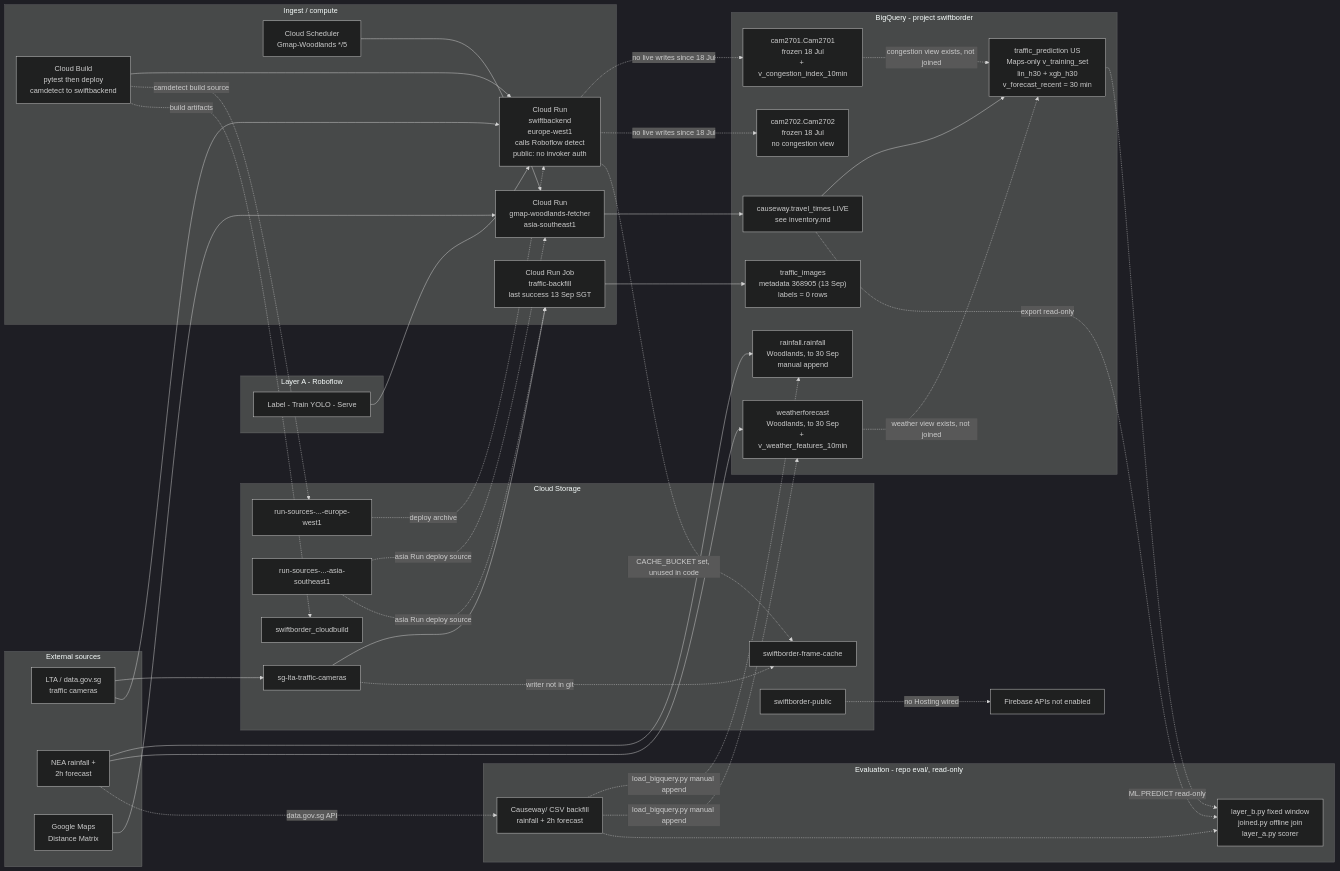
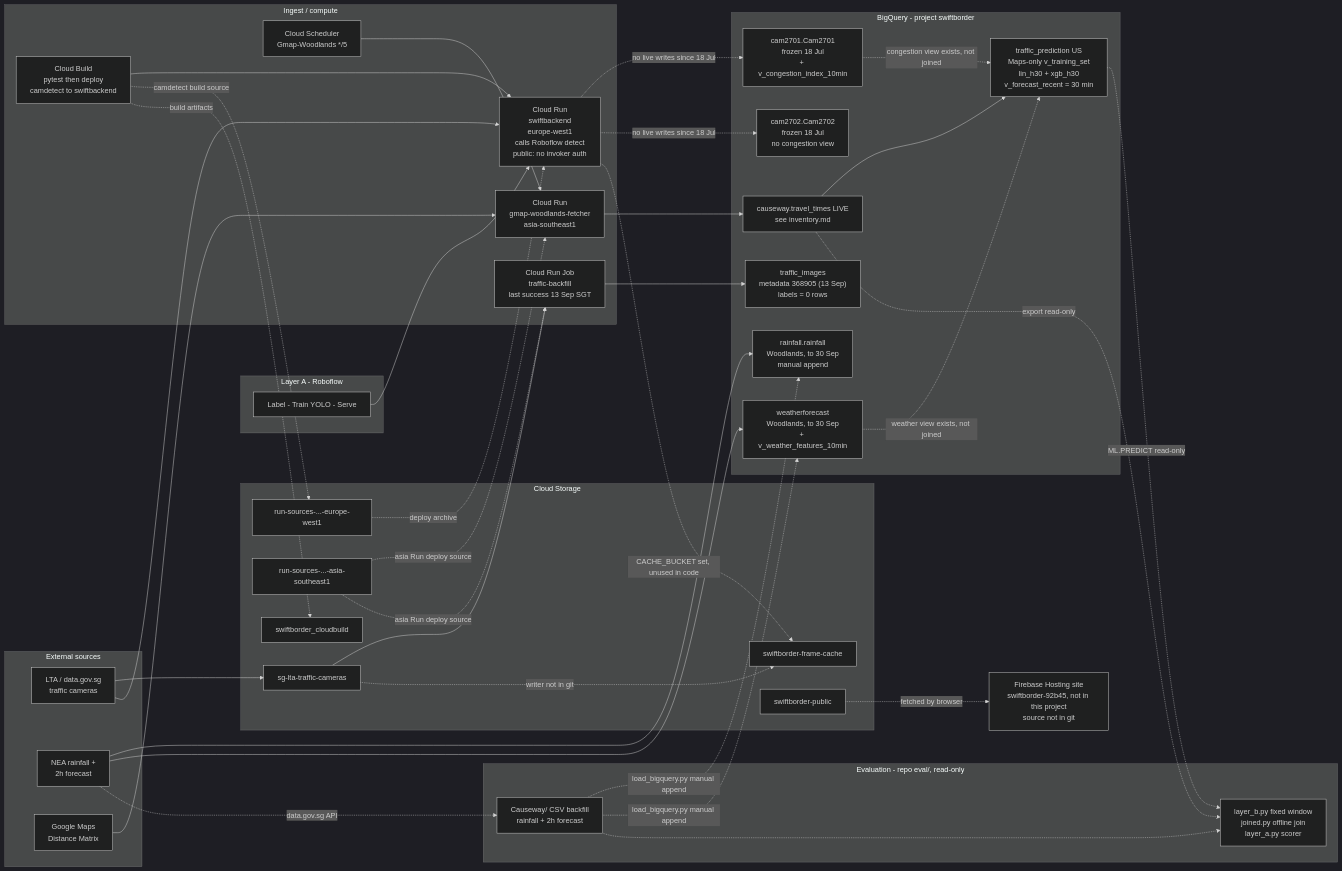
Before and after one commit to sozuken-max/swiftborder: the second of 2 diagrams in docs/architecture.md, drawn with Mermaid (dark theme). The commit also changed other lines of this file and 11 other files, not shown here.

````diff
--- a/docs/architecture.md
+++ b/docs/architecture.md
@@ -106,76 +106,76 @@
 ```mermaid
 flowchart LR
   subgraph Ext["External sources"]
     LTA["LTA / data.gov.sg<br/>traffic cameras"]
     NEA["NEA rainfall +<br/>2h forecast"]
     GMAP["Google Maps<br/>Distance Matrix"]
   end
 
   subgraph Ingest["Ingest / compute"]
     GH["Cloud Build<br/>pytest then deploy<br/>camdetect to swiftbackend"]
     SCH["Cloud Scheduler<br/>Gmap-Woodlands */5"]
     GFN["Cloud Run<br/>gmap-woodlands-fetcher<br/>asia-southeast1"]
     SB["Cloud Run<br/>swiftbackend<br/>europe-west1<br/>calls Roboflow detect<br/>public: no invoker auth"]
     BF["Cloud Run Job<br/>traffic-backfill<br/>last success 13 Sep SGT"]
   end
 
   subgraph RF["Layer A - Roboflow"]
     ROB["Label - Train YOLO - Serve"]
   end
 
   subgraph BQ["BigQuery - project swiftborder"]
     C1["cam2701.Cam2701<br/>frozen 18 Jul<br/>+ v_congestion_index_10min"]
     C2["cam2702.Cam2702<br/>frozen 18 Jul<br/>no congestion view"]
     TT["causeway.travel_times LIVE<br/>see inventory.md"]
     RF2["rainfall.rainfall<br/>Woodlands, to 30 Sep<br/>manual append"]
     WX["weatherforecast<br/>Woodlands, to 30 Sep<br/>+ v_weather_features_10min"]
     TI["traffic_images<br/>metadata 368905 (13 Sep)<br/>labels = 0 rows"]
     TP["traffic_prediction US<br/>Maps-only v_training_set<br/>lin_h30 + xgb_h30<br/>v_forecast_recent = 30 min"]
   end
 
   subgraph GCS["Cloud Storage"]
     CAM["sg-lta-traffic-cameras"]
     CACHE["swiftborder-frame-cache"]
     RS1["run-sources-...-asia-southeast1"]
     RS2["run-sources-...-europe-west1"]
     PUB["swiftborder-public"]
     CB["swiftborder_cloudbuild"]
   end
 
   LTA --> CAM
   LTA --> SB
   GH --> SB
   CAM --> BF
   BF --> TI
   ROB --> SB
   NEA --> RF2
   NEA --> WX
   SCH --> GFN
   GMAP --> GFN
   GFN --> TT
   TT --> TP
   C1 -.->|"congestion view exists, not joined"| TP
   WX -.->|"weather view exists, not joined"| TP
   SB -.->|"no live writes since 18 Jul"| C1
   SB -.->|"no live writes since 18 Jul"| C2
   CAM -.->|"writer not in git"| CACHE
   SB -.->|"CACHE_BUCKET set, unused in code"| CACHE
 
   GH -.->|"camdetect build source"| RS2
   RS2 -.->|"deploy archive"| SB
   GH -.->|"build artifacts"| CB
   RS1 -.->|"asia Run deploy source"| GFN
   RS1 -.->|"asia Run deploy source"| BF
-  PUB -.->|"no Hosting wired"| FH["Firebase APIs not enabled"]
+  PUB -.->|"fetched by browser"| FH["Firebase Hosting site<br/>swiftborder-92b45, not in this project<br/>source not in git"]
 
   subgraph EV["Evaluation - repo eval/, read-only"]
     HAR["layer_b.py fixed window<br/>joined.py offline join<br/>layer_a.py scorer"]
     CSV["Causeway/ CSV backfill<br/>rainfall + 2h forecast"]
   end
   NEA -.->|"data.gov.sg API"| CSV
   CSV -.->|"load_bigquery.py manual append"| RF2
   CSV -.->|"load_bigquery.py manual append"| WX
   CSV -.-> HAR
   TP -.->|"ML.PREDICT read-only"| HAR
   TT -.->|"export read-only"| HAR
 ```
````
